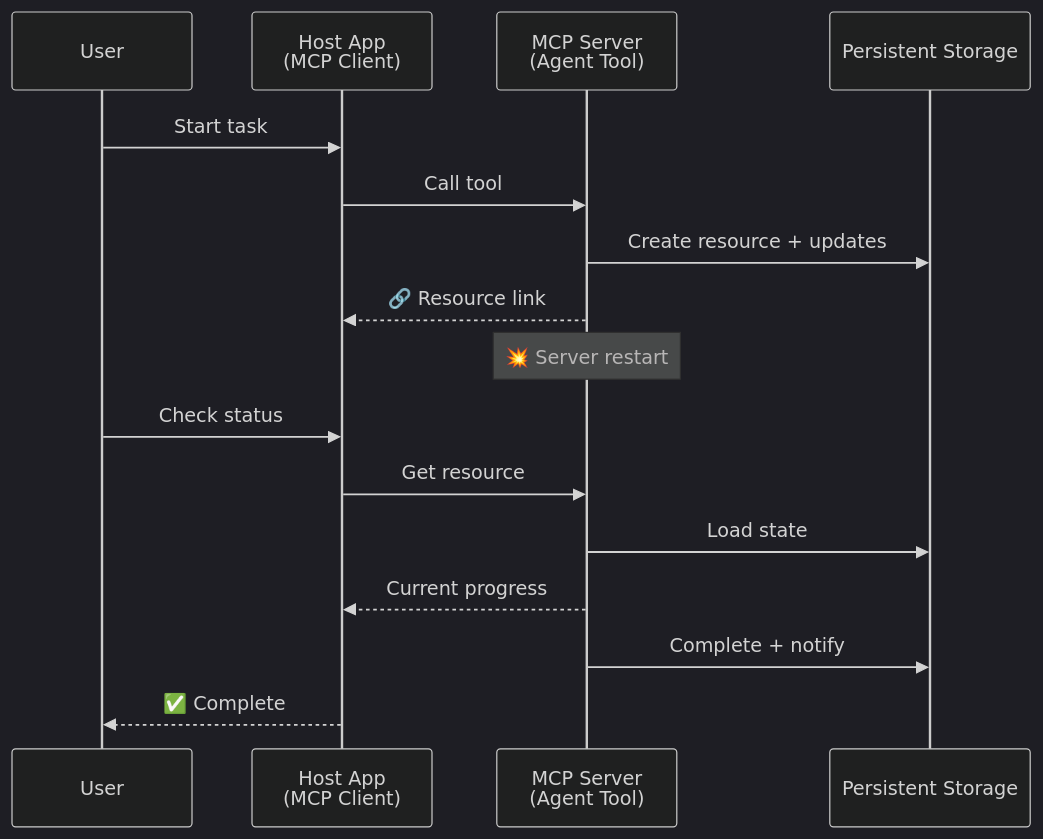
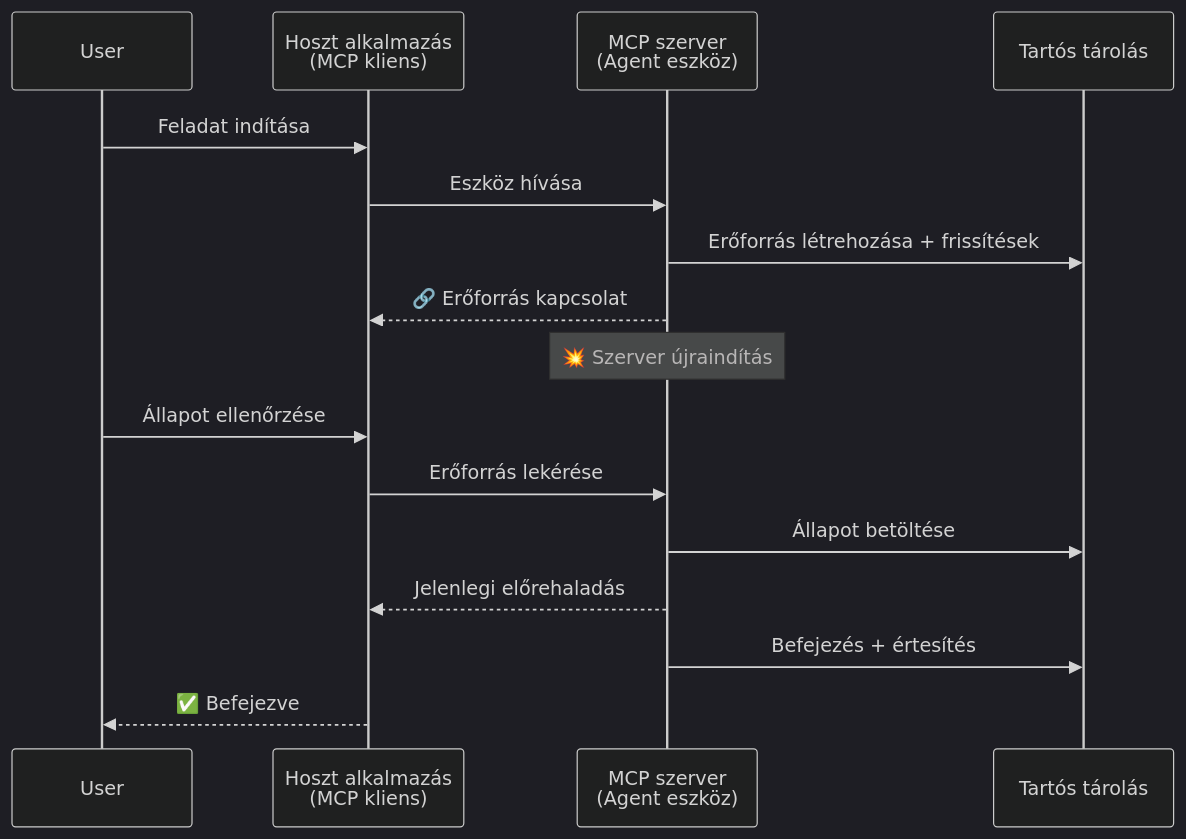
The third of 5 diagrams in translations/hu/11-agentic-protocols/code_samples/mcp-agents/README.md (microsoft/ai-agents-for-beginners), drawn with Mermaid (dark theme) before and after one commit. The commit also changed other lines of this file and 222 other files, not shown here.

````diff
--- a/translations/hu/11-agentic-protocols/code_samples/mcp-agents/README.md
+++ b/translations/hu/11-agentic-protocols/code_samples/mcp-agents/README.md
@@ -123,21 +123,21 @@
 ```mermaid
 sequenceDiagram
     participant User
-    participant Host as Host App<br/>(MCP Client)
-    participant Server as MCP Server<br/>(Agent Tool)
-    participant DB as Persistent Storage
+    participant Host as Hoszt alkalmazás<br/>(MCP kliens)
+    participant Server as MCP szerver<br/>(Agent eszköz)
+    participant DB as Tartós tárolás
 
-    User->>Host: Start task
-    Host->>Server: Call tool
-    Server->>DB: Create resource + updates
-    Server-->>Host: 🔗 Resource link
+    User->>Host: Feladat indítása
+    Host->>Server: Eszköz hívása
+    Server->>DB: Erőforrás létrehozása + frissítések
+    Server-->>Host: 🔗 Erőforrás kapcsolat
 
-    Note over Server: 💥 Server restart
+    Note over Server: 💥 Szerver újraindítás
 
-    User->>Host: Check status
-    Host->>Server: Get resource
-    Server->>DB: Load state
-    Server-->>Host: Current progress
-    Server->>DB: Complete + notify
-    Host-->>User: ✅ Complete
+    User->>Host: Állapot ellenőrzése
+    Host->>Server: Erőforrás lekérése
+    Server->>DB: Állapot betöltése
+    Server-->>Host: Jelenlegi előrehaladás
+    Server->>DB: Befejezés + értesítés
+    Host-->>User: ✅ Befejezve
 ```
````
